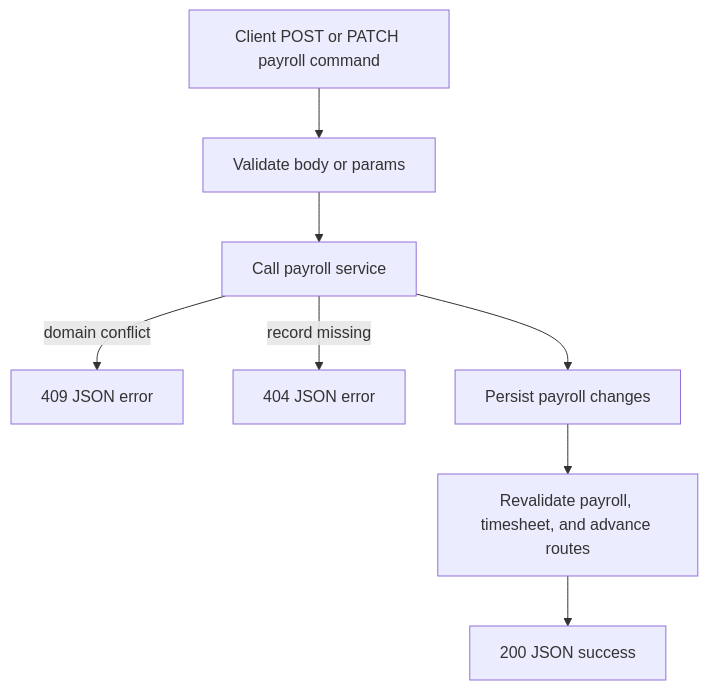
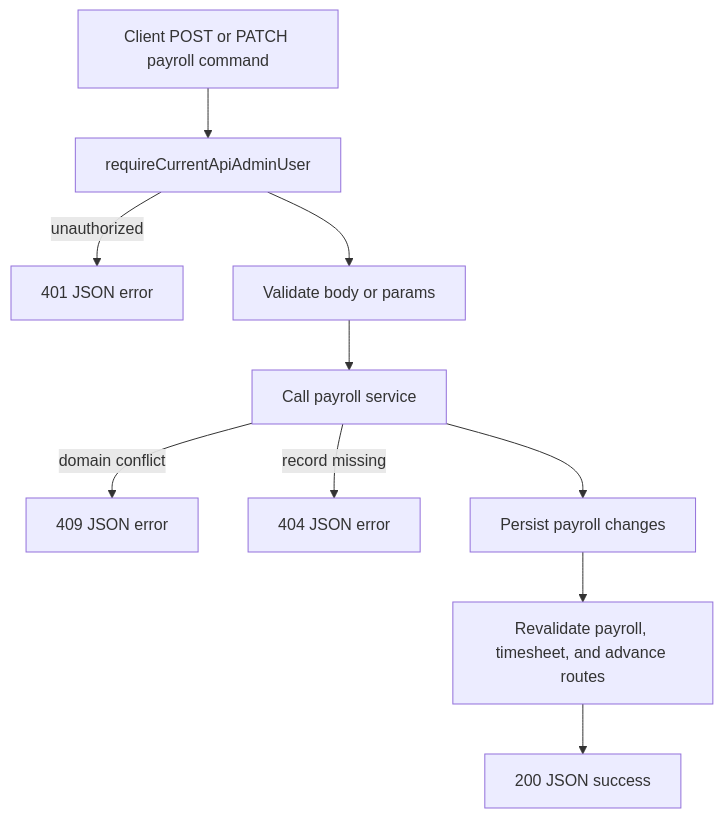
The third of 5 diagrams in .codex/docs/api-workflows.md (daniellim922/One-Laundry-Project-Alpha-v1), drawn with Mermaid before and after one commit. The commit also changed other lines of this file and 3 other files, not shown here.

````diff
--- a/.codex/docs/api-workflows.md
+++ b/.codex/docs/api-workflows.md
@@ -55,10 +60,12 @@
 ```mermaid
 flowchart TD
-    A[Client POST or PATCH payroll command] --> C[Validate body or params]
+    A[Client POST or PATCH payroll command] --> B[requireCurrentApiAdminUser]
+    B -->|unauthorized| X[401 JSON error]
+    B --> C[Validate body or params]
     C --> D[Call payroll service]
     D -->|domain conflict| E[409 JSON error]
     D -->|record missing| F[404 JSON error]
     D --> G[Persist payroll changes]
     G --> H[Revalidate payroll, timesheet, and advance routes]
     H --> I[200 JSON success]
 ```
````
